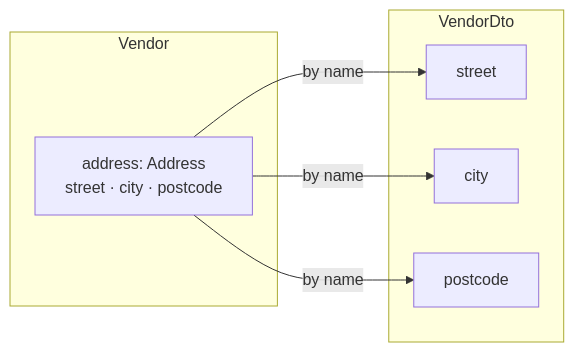
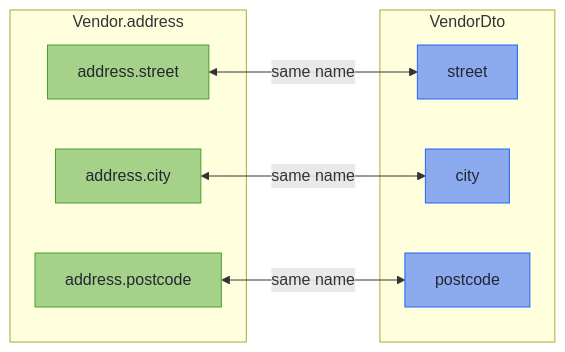
Before and after one commit to higher-kinded-j/higher-kinded-j: the second of 3 diagrams in hkj-book/src/mapping/structure.md, drawn with Mermaid. The commit also changed other lines of this file and 7 other files, not shown here.

````diff
--- a/hkj-book/src/mapping/structure.md
+++ b/hkj-book/src/mapping/structure.md
@@ -210,16 +218,23 @@
 ```mermaid
 flowchart LR
     accTitle: A flattened address
-    accDescr: The domain Vendor holds an Address record with street, city and postcode. The flat VendorDto holds the same three names as plain fields, and each maps to the member of the same name.
-    subgraph D["Vendor"]
-        A["address: Address<br/>street · city · postcode"]
+    accDescr: Each member of the domain's Address record, address.street, address.city and address.postcode, pairs by name with the flat VendorDto field of the same name.
+    subgraph D["Vendor.address"]
+        AS["address.street"]
+        AC["address.city"]
+        AP["address.postcode"]
     end
     subgraph W["VendorDto"]
         S["street"]
         C["city"]
         P["postcode"]
     end
-    A -->|by name| S
-    A -->|by name| C
-    A -->|by name| P
+    AS <-->|same name| S
+    AC <-->|same name| C
+    AP <-->|same name| P
+
+    classDef domain fill:#a6d189,stroke:#40a02b,color:#232634
+    classDef wire fill:#8caaee,stroke:#1e66f5,color:#232634
+    class AS,AC,AP domain
+    class S,C,P wire
 ```
````
